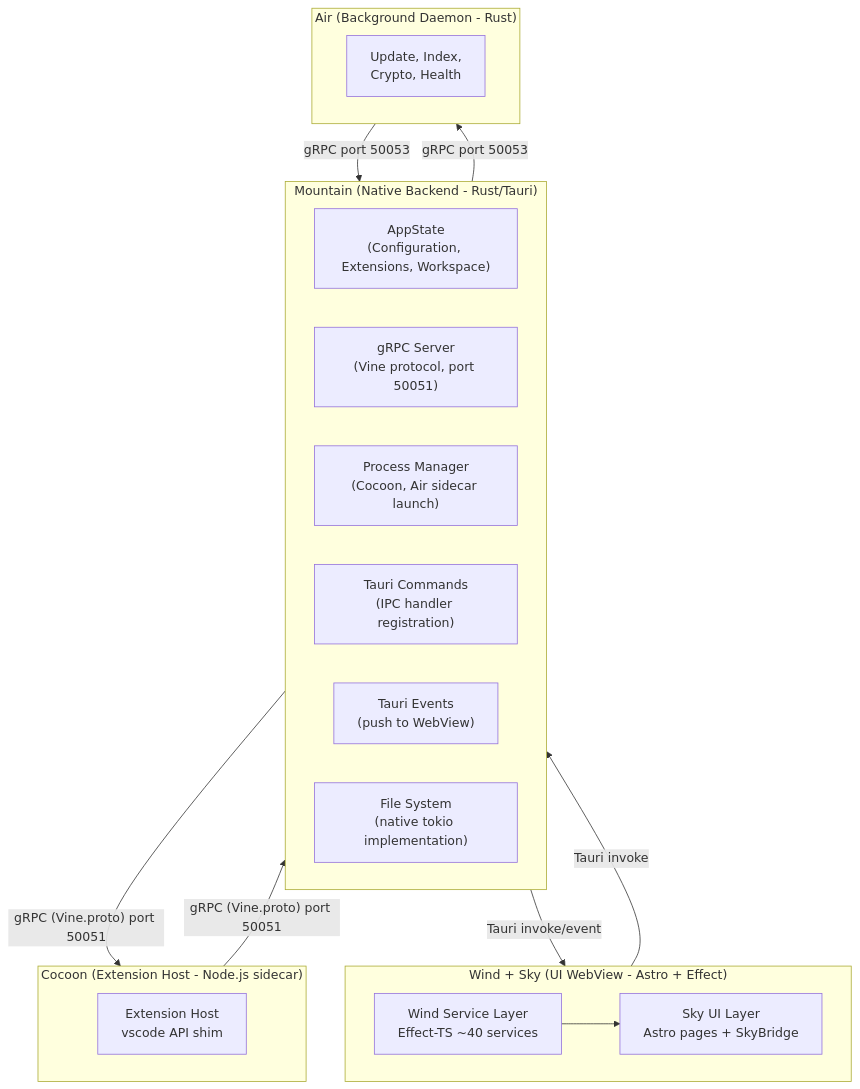
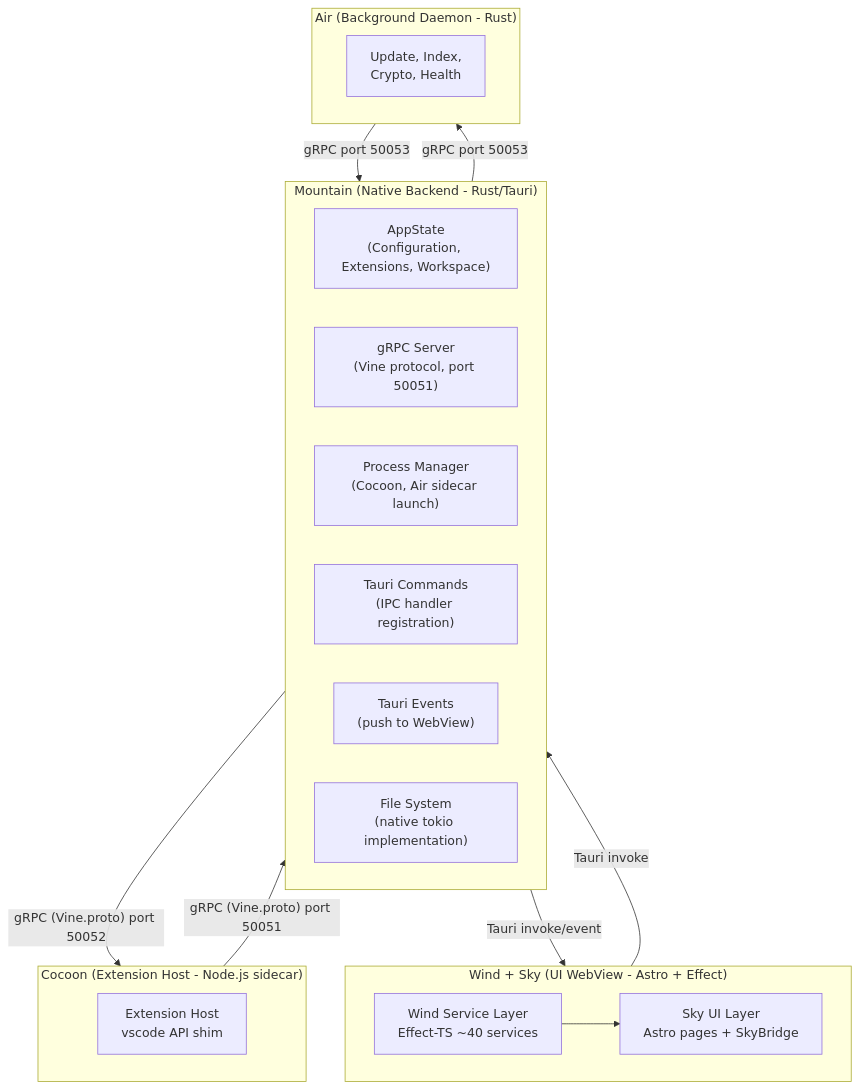
One commit to CodeEditorLand/Land changed the first of 6 diagrams in Documentation/GitHub/Architecture.md. Above: the diagram before and after it, drawn with Mermaid. The commit also changed other lines of this file and 21 other files, not shown here.

````diff
--- a/Documentation/GitHub/Architecture.md
+++ b/Documentation/GitHub/Architecture.md
@@ -36,32 +43,32 @@
 ```mermaid
 graph TB
     subgraph Mountain["Mountain (Native Backend - Rust/Tauri)"]
         AppState["AppState<br/>(Configuration, Extensions, Workspace)"]
         GRPC["gRPC Server<br/>(Vine protocol, port 50051)"]
         ProcMgr["Process Manager<br/>(Cocoon, Air sidecar launch)"]
         TauriCmd["Tauri Commands<br/>(IPC handler registration)"]
         TauriEvt["Tauri Events<br/>(push to WebView)"]
         FileSys["File System<br/>(native tokio implementation)"]
     end
 
     subgraph Cocoon["Cocoon (Extension Host - Node.js sidecar)"]
         ExtHost["Extension Host<br/>vscode API shim"]
     end
 
     subgraph WindSky["Wind + Sky (UI WebView - Astro + Effect)"]
         Wind[Wind Service Layer<br/>Effect-TS ~40 services]
         Sky[Sky UI Layer<br/>Astro pages + SkyBridge]
     end
 
     subgraph Air["Air (Background Daemon - Rust)"]
         AirSvc["Update, Index,<br/>Crypto, Health"]
     end
 
-    Mountain -- "gRPC (Vine.proto) port 50051" --> Cocoon
+    Mountain -- "gRPC (Vine.proto) port 50052" --> Cocoon
     Cocoon -- "gRPC (Vine.proto) port 50051" --> Mountain
     Mountain -- "Tauri invoke/event" --> WindSky
     WindSky -- "Tauri invoke" --> Mountain
     Mountain -- "gRPC port 50053" --> Air
     Air -- "gRPC port 50053" --> Mountain
     Wind --> Sky
 ```
````
